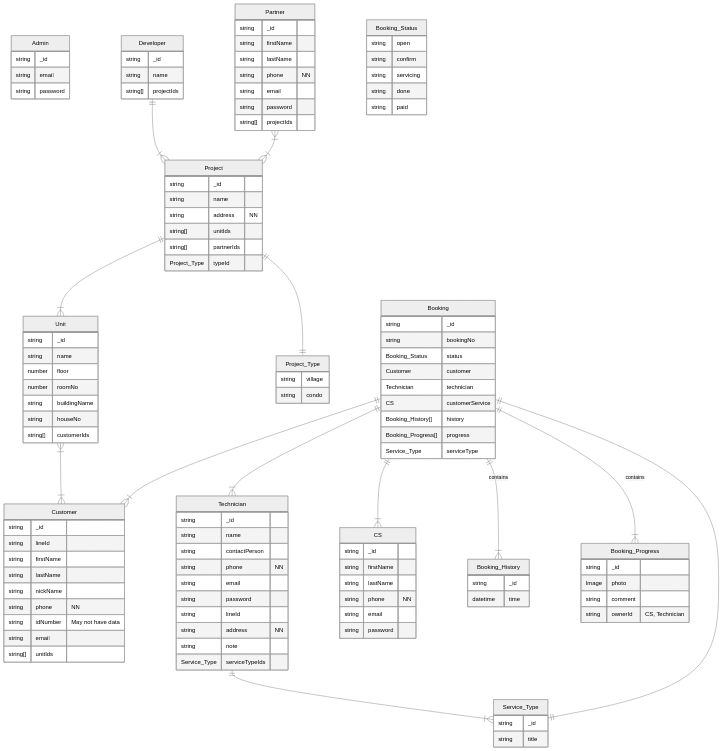
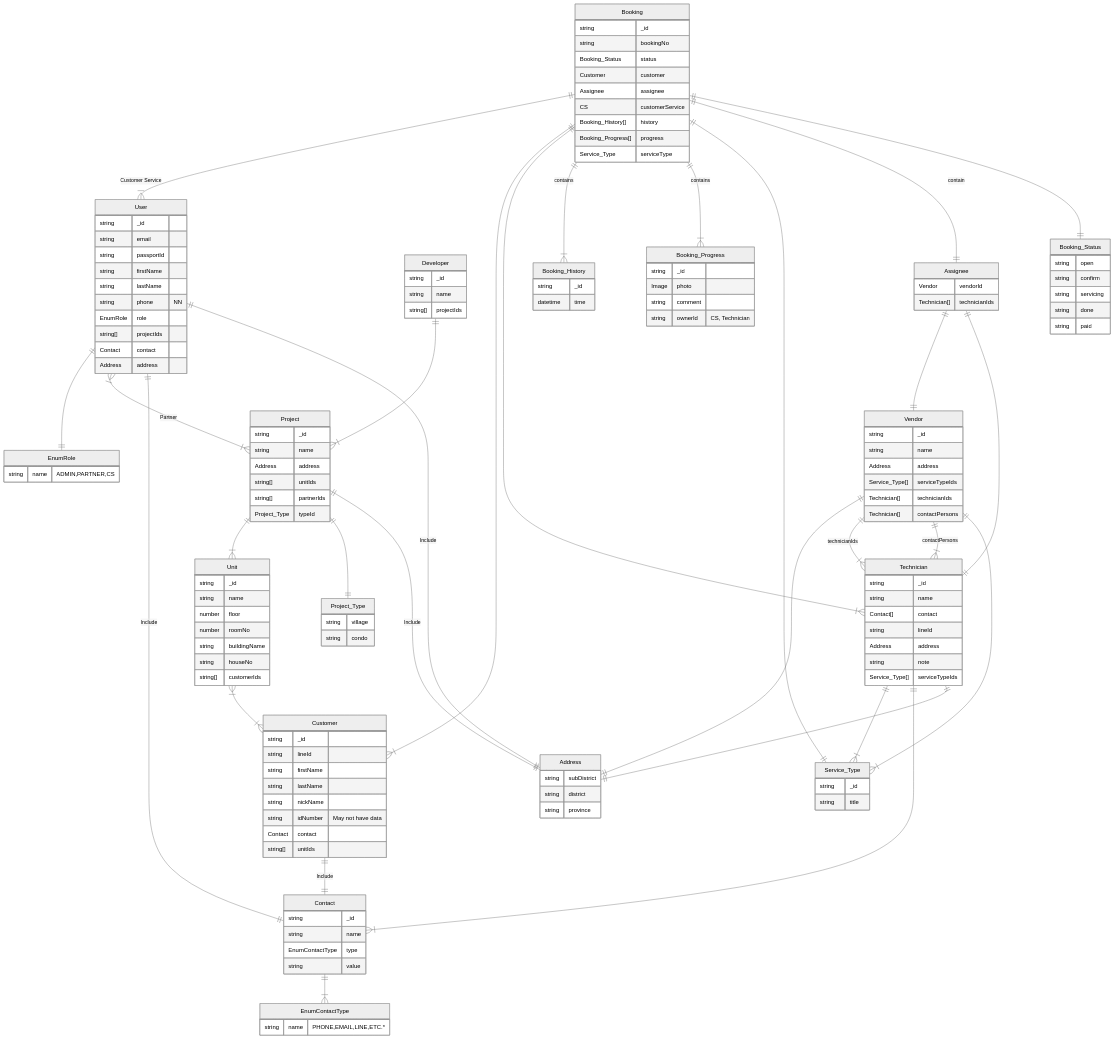
The diagram in diagram.md (codehype-tech/chang-fe), drawn with Mermaid (neutral theme) before and after one commit.

Commit message:
feat : update data model diagram

````diff
--- a/diagram.md
+++ b/diagram.md
@@ -1,20 +1,49 @@
 ```mermaid
 erDiagram
 
-    Admin {
+
+    User ||--|| EnumRole : ""
+    User }|--|{ Project : "Partner"
+    User ||--|| Contact : "Include"
+    User ||--|| Address : "Include"
+    User {
       string _id
       string email
-      string password
-    }
-
-    CS {
-      string _id
+      string passportId
       string firstName
       string lastName
       string phone "NN"
-      string email
-      string password
+      EnumRole role
+      string[] projectIds
+      Contact contact
+      Address address
     }
+
+
+  
+    Contact ||--|{ EnumContactType : ""
+    Contact {
+      string _id
+      string name
+      EnumContactType type
+      string value
+    }
+
+    EnumContactType {
+      string name "PHONE,EMAIL,LINE,ETC.*"
+    }
+
+
+    EnumRole {
+      string name "ADMIN,PARTNER,CS"
+    }
+
+    Address {
+      string subDistrict
+      string district
+      string province
+    }
+
 
     Developer ||--|{ Project : ""
     Developer {
@@ -23,23 +52,15 @@
       string[] projectIds
     }
 
-    Partner }|--|{ Project : ""
-    Partner {
-      string _id
-      string firstName
-      string lastName
-      string phone "NN"
-      string email
-      string password
-      string[] projectIds
-    }
+
 
     Project ||--|{ Unit : ""
     Project ||--|| Project_Type : ""
+    Project ||--|| Address : "Include"
     Project {
       string _id
       string name
-      string address "NN"
+      Address address 
       string[] unitIds
       string[] partnerIds
       Project_Type typeId
@@ -65,30 +86,44 @@
       string[] customerIds
     }
 
+    Customer ||--|| Contact : "Include"
     Customer {
       string _id
       string lineId
       string firstName
       string lastName
       string nickName
-      string phone "NN"
       string idNumber "May not have data"
-      string email
+      Contact contact
       string[] unitIds
     }
 
+    Vendor ||--|| Address : ""
+    Vendor ||--|{ Technician : "technicianIds"
+    Vendor ||--|{ Technician : "contactPersons"
+    Vendor ||--|{ Service_Type : ""
+
+    Vendor {
+      string _id
+      string name
+      Address address
+      Service_Type[] serviceTypeIds
+      Technician[] technicianIds
+      Technician[] contactPersons
+    }
+
     Technician ||--|{ Service_Type : ""
+    Technician ||--|{ Contact : ""
+    Technician ||--|| Address : ""
     Technician {
       string _id
       string name
-      string contactPerson
-      string phone "NN"
-      string email
-      string password
+      Contact[] contact
       string lineId
-      string address "NN"
+      Address address
       string note
-      Service_Type serviceTypeIds
+      Service_Type[] serviceTypeIds
+      
     }
 
 
@@ -97,19 +132,29 @@
       string title
     }
 
+    Assignee ||--|| Vendor : ""
+    Assignee ||--|| Technician : ""
+
+    Assignee {
+      Vendor vendorId
+      Technician[] technicianIds
+    }
+
+    Booking ||--|{ User : "Customer Service"
     Booking ||--|{ Customer : ""
     Booking ||--|{ Technician : ""
-    Booking ||--|{ CS : ""
     Booking ||--|{ Booking_History : "contains"
     Booking ||--|{ Booking_Progress : "contains"
     Booking ||--|| Service_Type : ""
-
+    Booking ||--|| Assignee : "contain"
+    Booking ||--|| Booking_Status : ""
+    
     Booking {
       string _id
       string bookingNo
       Booking_Status status
       Customer customer
-      Technician technician
+      Assignee assignee
       CS customerService
       Booking_History[] history
       Booking_Progress[] progress
````
